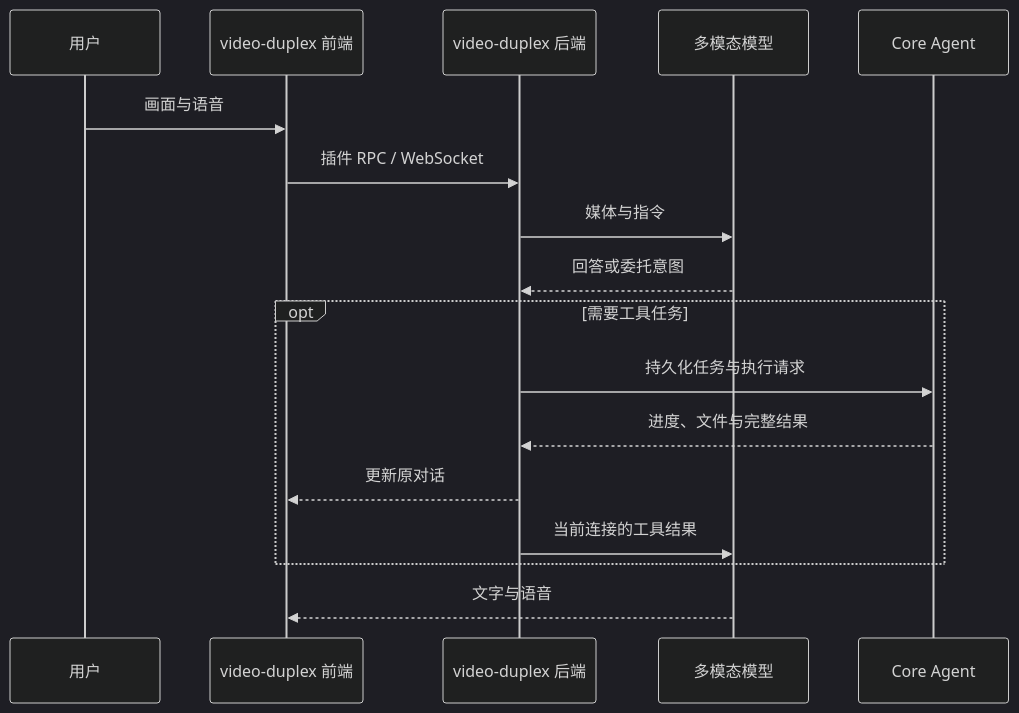
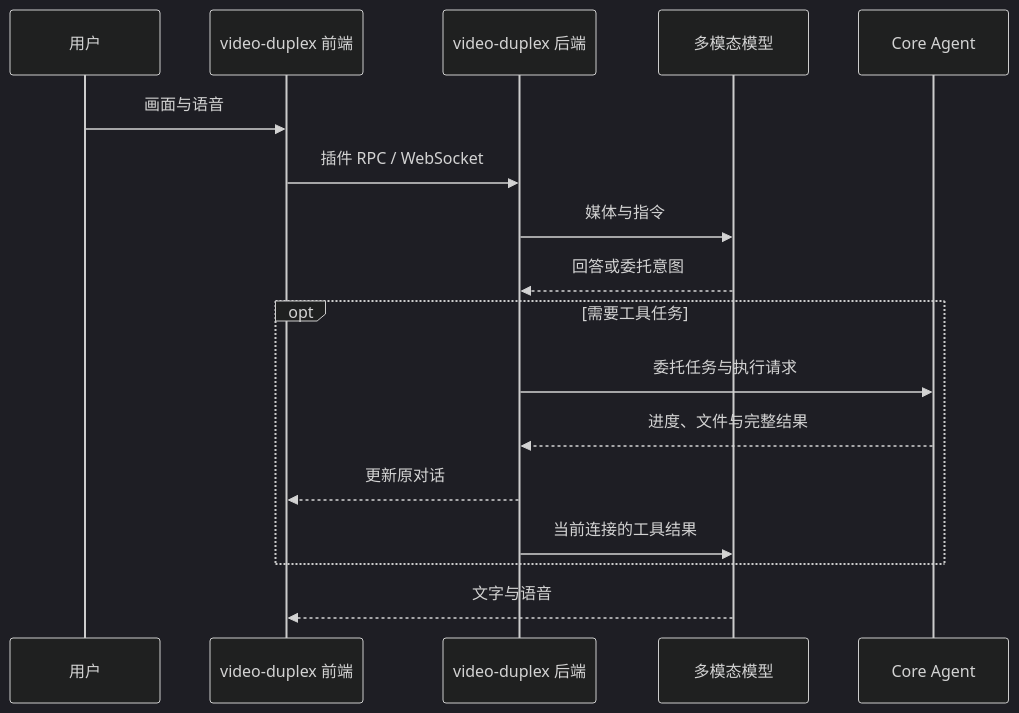
Before and after one commit to openJiuwen-ai/jiuwenswarm: the diagram in jiuwenswarm/extensions/video_duplex/docs/README.zh-CN.md, drawn with Mermaid (dark theme). The commit also changed other lines of this file and 6 other files, not shown here.

````diff
--- a/jiuwenswarm/extensions/video_duplex/docs/README.zh-CN.md
+++ b/jiuwenswarm/extensions/video_duplex/docs/README.zh-CN.md
@@ -228,19 +210,19 @@
 ```mermaid
 sequenceDiagram
     participant U as 用户
     participant P as video-duplex 前端
     participant B as video-duplex 后端
     participant M as 多模态模型
     participant C as Core Agent
     U->>P: 画面与语音
     P->>B: 插件 RPC / WebSocket
     B->>M: 媒体与指令
     M-->>B: 回答或委托意图
     opt 需要工具任务
-        B->>C: 持久化任务与执行请求
+        B->>C: 委托任务与执行请求
         C-->>B: 进度、文件与完整结果
         B-->>P: 更新原对话
         B->>M: 当前连接的工具结果
     end
     M-->>P: 文字与语音
 ```
````
